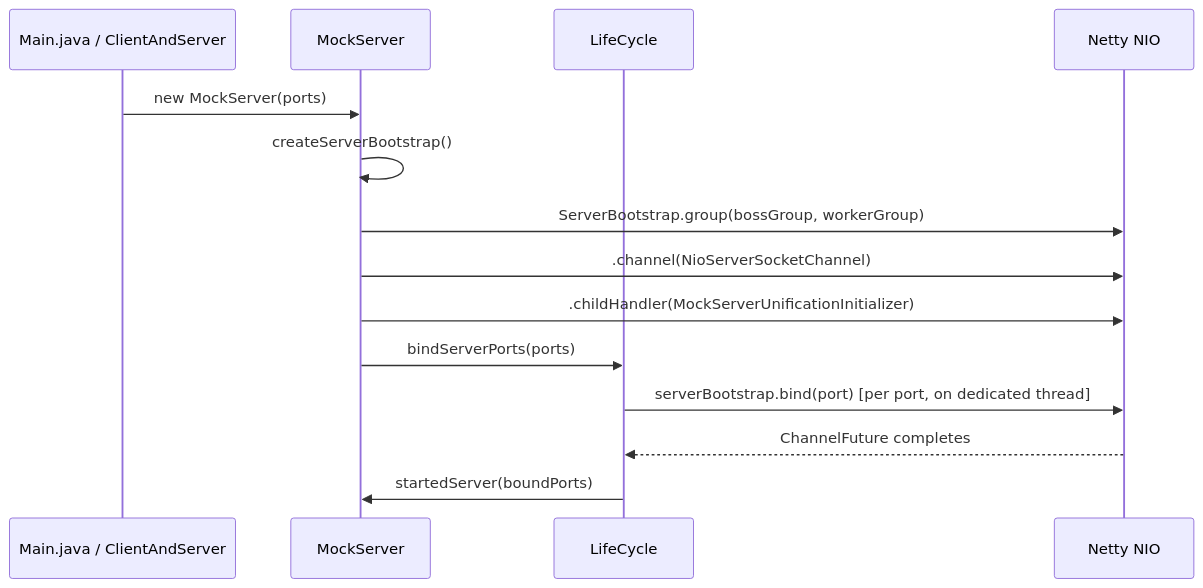
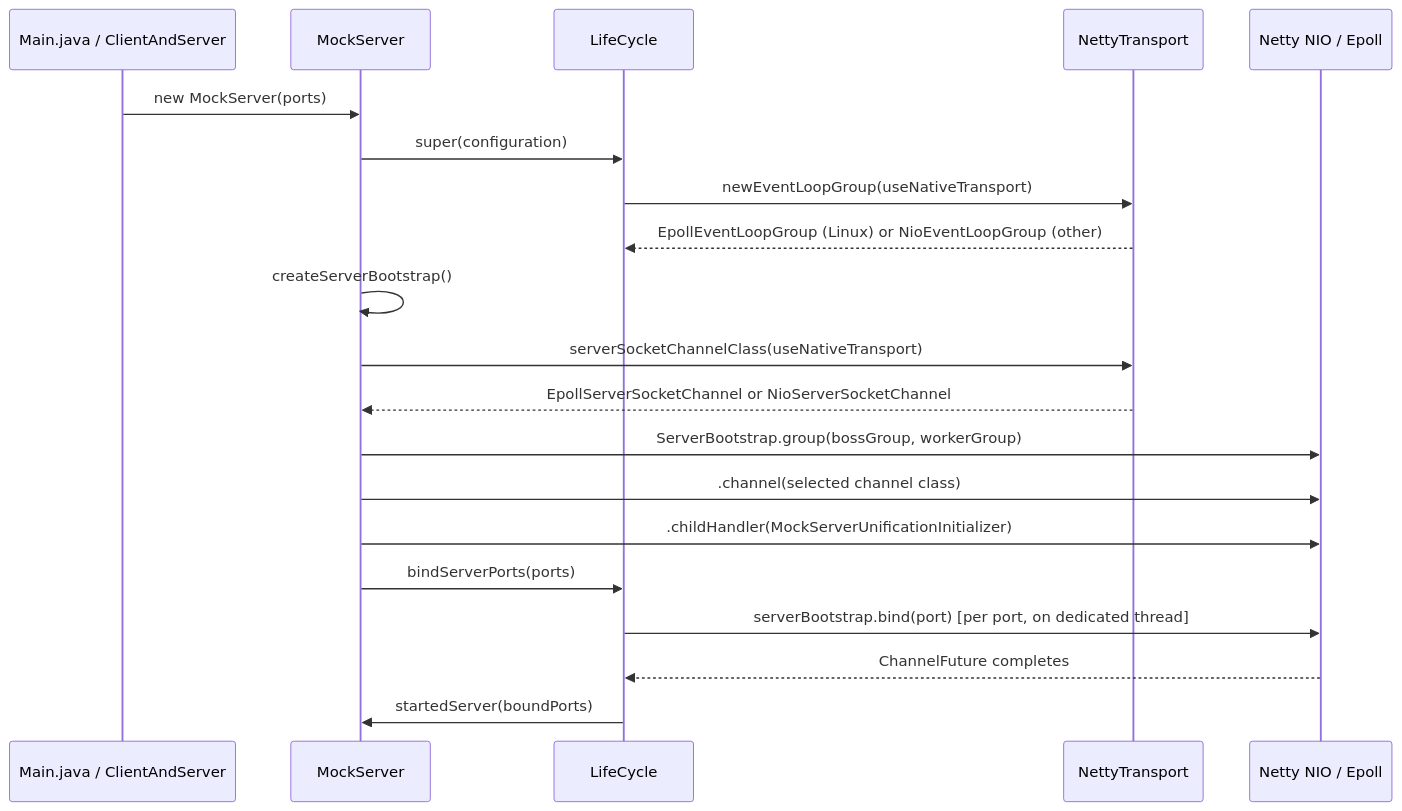
One commit to sean8601/mockserver-monorepo changed the first of 13 diagrams in docs/code/netty-pipeline.md. Above: the diagram before and after it, drawn with Mermaid. The commit also changed other lines of this file and 15 other files, not shown here.

````diff
--- a/docs/code/netty-pipeline.md
+++ b/docs/code/netty-pipeline.md
@@ -7,17 +7,23 @@
 ```mermaid
 sequenceDiagram
     participant CLI as Main.java / ClientAndServer
     participant MS as MockServer
     participant LC as LifeCycle
-    participant NIO as Netty NIO
+    participant NT as NettyTransport
+    participant NIO as Netty NIO / Epoll
 
     CLI->>MS: new MockServer(ports)
+    MS->>LC: super(configuration)
+    LC->>NT: newEventLoopGroup(useNativeTransport)
+    NT-->>LC: EpollEventLoopGroup (Linux) or NioEventLoopGroup (other)
     MS->>MS: createServerBootstrap()
+    MS->>NT: serverSocketChannelClass(useNativeTransport)
+    NT-->>MS: EpollServerSocketChannel or NioServerSocketChannel
     MS->>NIO: ServerBootstrap.group(bossGroup, workerGroup)
-    MS->>NIO: .channel(NioServerSocketChannel)
+    MS->>NIO: .channel(selected channel class)
     MS->>NIO: .childHandler(MockServerUnificationInitializer)
     MS->>LC: bindServerPorts(ports)
     LC->>NIO: serverBootstrap.bind(port) [per port, on dedicated thread]
     NIO-->>LC: ChannelFuture completes
     LC->>MS: startedServer(boundPorts)
 ```
````
